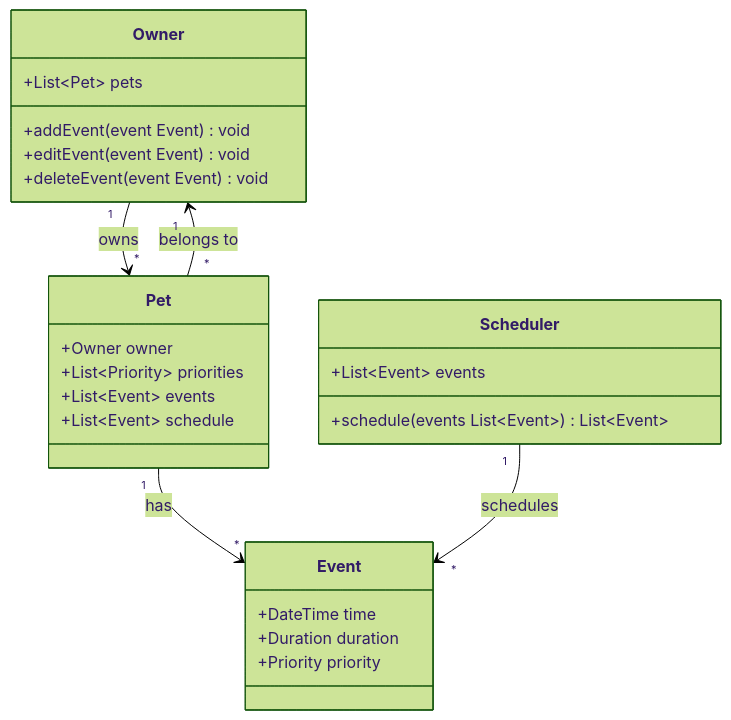
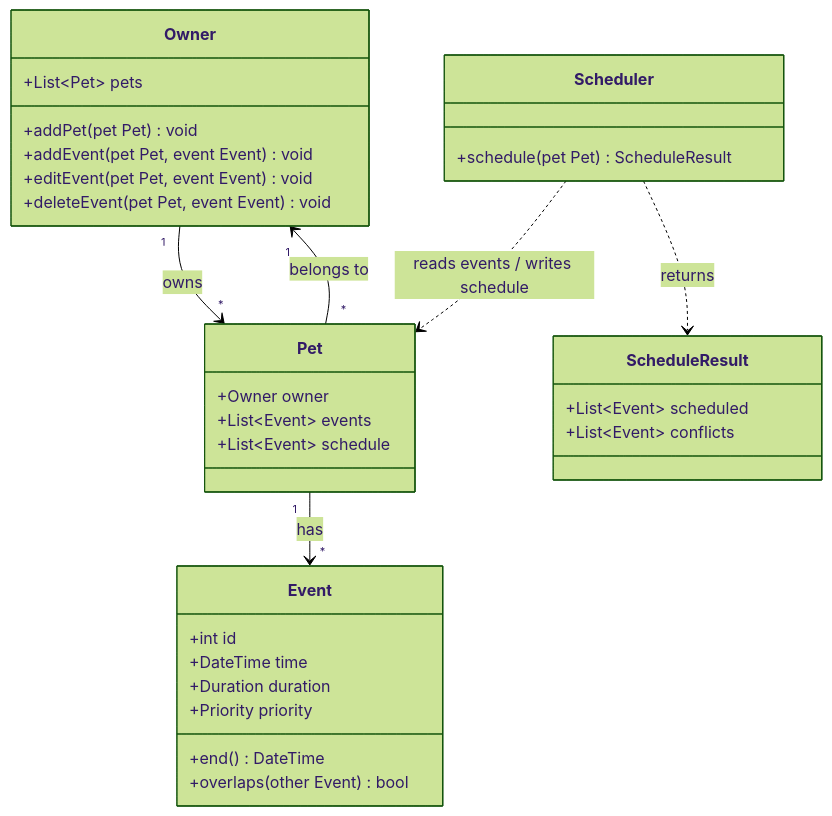
Before and after one commit to whitegunrose/ai110-module2show-pawpal-starter: the diagram in diagrams/uml.mmd, drawn with Mermaid (forest theme). The commit also changed 2 other files, not shown here.

```diff
--- a/diagrams/uml.mmd
+++ b/diagrams/uml.mmd
@@ -1,32 +1,40 @@
 classDiagram
     %% PawPal+ initial design — Owner, Pet, Event, Scheduler
 
     class Owner {
         +List~Pet~ pets
-        +addEvent(event Event) void
-        +editEvent(event Event) void
-        +deleteEvent(event Event) void
+        +addPet(pet Pet) void
+        +addEvent(pet Pet, event Event) void
+        +editEvent(pet Pet, event Event) void
+        +deleteEvent(pet Pet, event Event) void
     }
 
     class Pet {
         +Owner owner
-        +List~Priority~ priorities
         +List~Event~ events
         +List~Event~ schedule
     }
 
     class Event {
+        +int id
         +DateTime time
         +Duration duration
         +Priority priority
+        +end() DateTime
+        +overlaps(other Event) bool
+    }
+
+    class ScheduleResult {
+        +List~Event~ scheduled
+        +List~Event~ conflicts
     }
 
     class Scheduler {
-        +List~Event~ events
-        +schedule(events List~Event~) List~Event~
+        +schedule(pet Pet) ScheduleResult
     }
 
     Owner "1" --> "*" Pet : owns
     Pet "*" --> "1" Owner : belongs to
     Pet "1" --> "*" Event : has
-    Scheduler "1" --> "*" Event : schedules
+    Scheduler ..> Pet : reads events / writes schedule
+    Scheduler ..> ScheduleResult : returns
```
